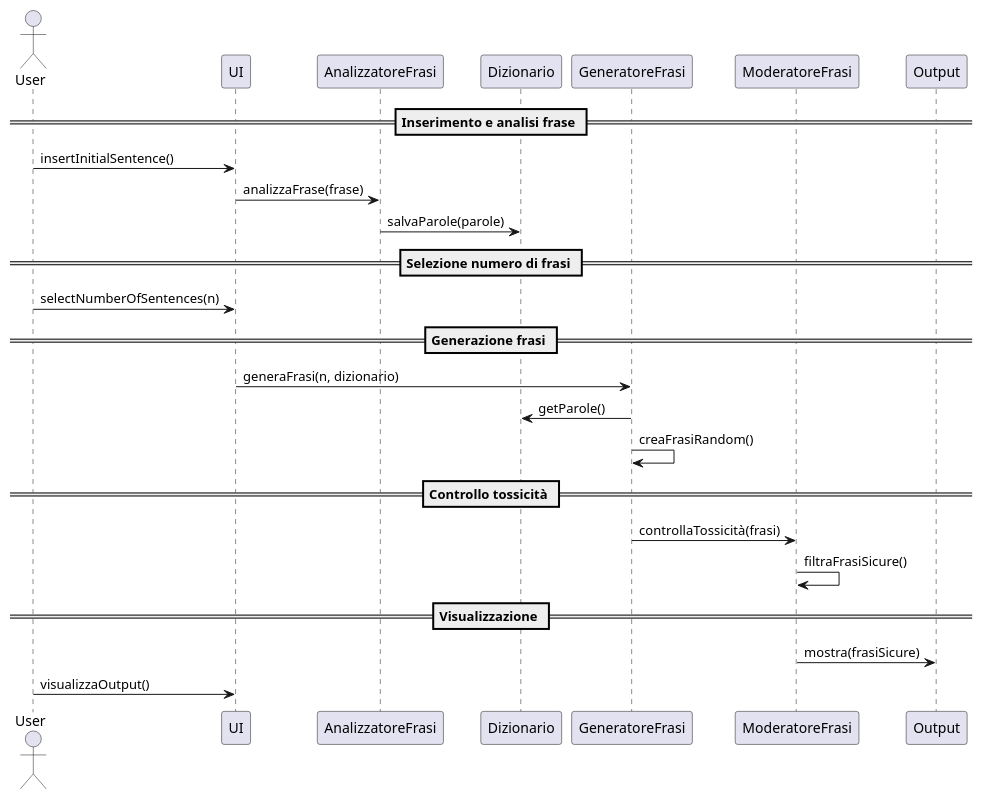
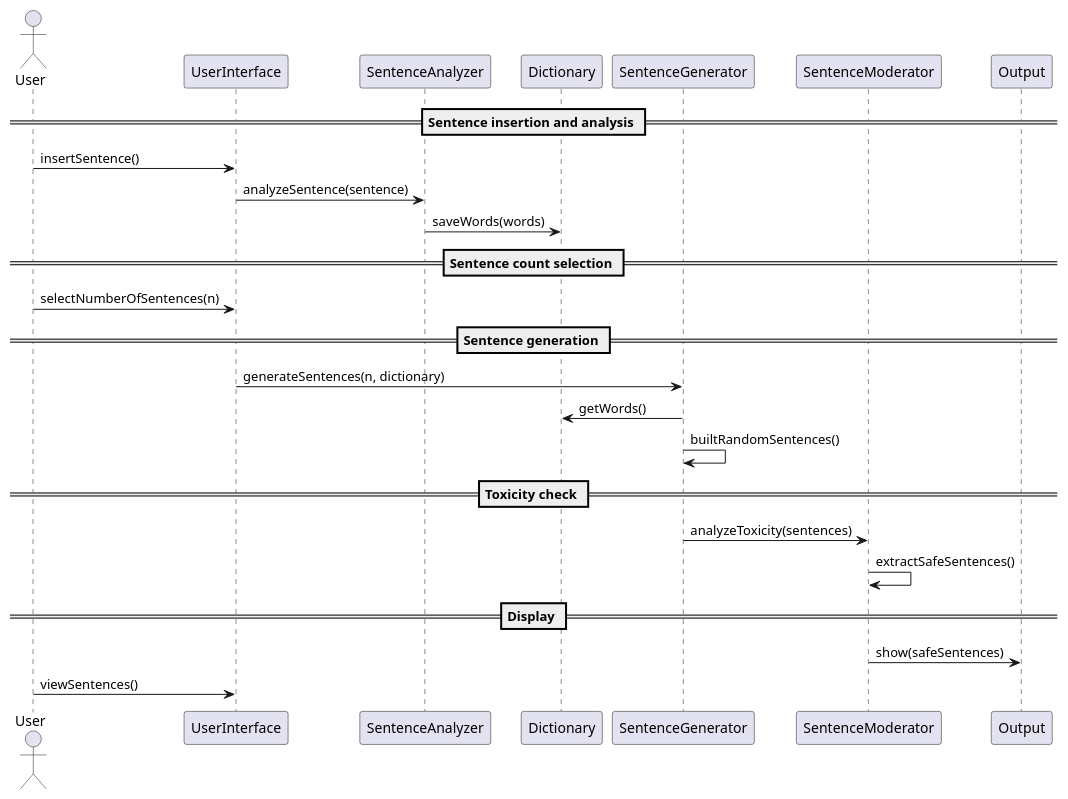
The first of 5 diagrams in docs/resources/Sequence_Diagrams.md (TognonGiac/nonsensegenerator), drawn with PlantUML before and after one commit. The commit also changed other lines of this file, not shown here.

````diff
--- a/docs/resources/Sequence_Diagrams.md
+++ b/docs/resources/Sequence_Diagrams.md
@@ -5,32 +5,32 @@
 ```plantuml
 @startuml
 actor User
-participant UI
-participant "AnalizzatoreFrasi" as AF
-participant "Dizionario" as D
-participant "GeneratoreFrasi" as GF
-participant "ModeratoreFrasi" as MF
+participant "UserInterface" as UI
+participant "SentenceAnalyzer" as SA
+participant "Dictionary" as D
+participant "SentenceGenerator" as SG
+participant "SentenceModerator" as SM
 participant "Output" as O
 
-== Inserimento e analisi frase ==
-User -> UI : insertInitialSentence()
-UI -> AF : analizzaFrase(frase)
-AF -> D : salvaParole(parole)
+== Sentence insertion and analysis ==
+User -> UI : insertSentence()
+UI -> SA : analyzeSentence(sentence)
+SA -> D : saveWords(words)
 
-== Selezione numero di frasi ==
+== Sentence count selection ==
 User -> UI : selectNumberOfSentences(n)
 
-== Generazione frasi ==
-UI -> GF : generaFrasi(n, dizionario)
-GF -> D : getParole()
-GF -> GF : creaFrasiRandom()
+== Sentence generation ==
+UI -> SG : generateSentences(n, dictionary)
+SG -> D : getWords()
+SG -> SG : builtRandomSentences()
 
-== Controllo tossicità ==
-GF -> MF : controllaTossicità(frasi)
-MF -> MF : filtraFrasiSicure()
+== Toxicity check ==
+SG -> SM : analyzeToxicity(sentences)
+SM -> SM : extractSafeSentences()
 
-== Visualizzazione ==
-MF -> O : mostra(frasiSicure)
-User -> UI : visualizzaOutput()
+== Display ==
+SM -> O : show(safeSentences)
+User -> UI : viewSentences()
 @enduml
 ```
````
